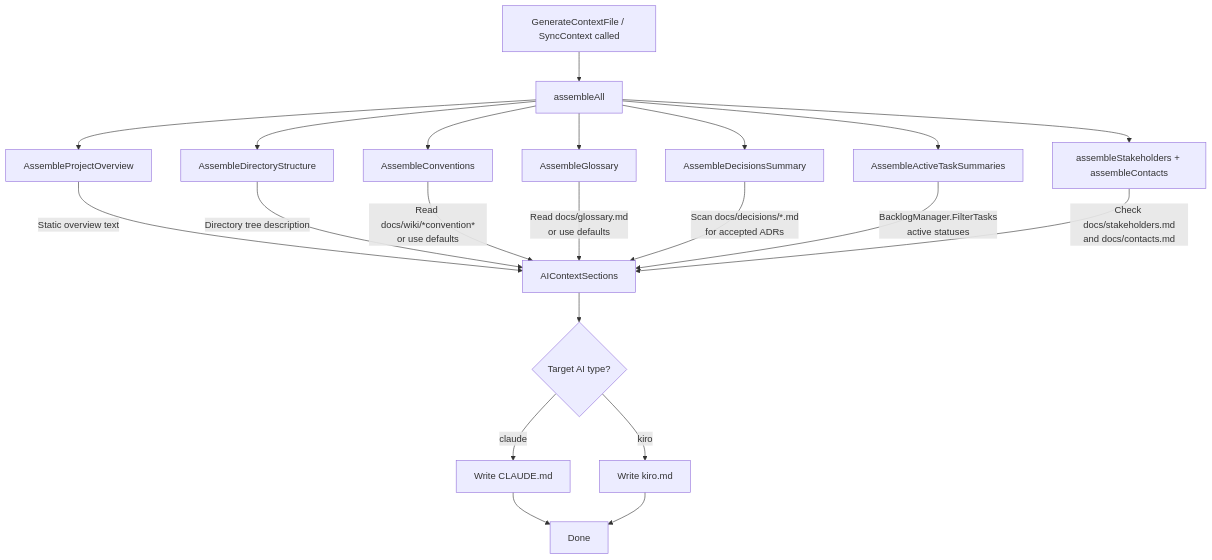
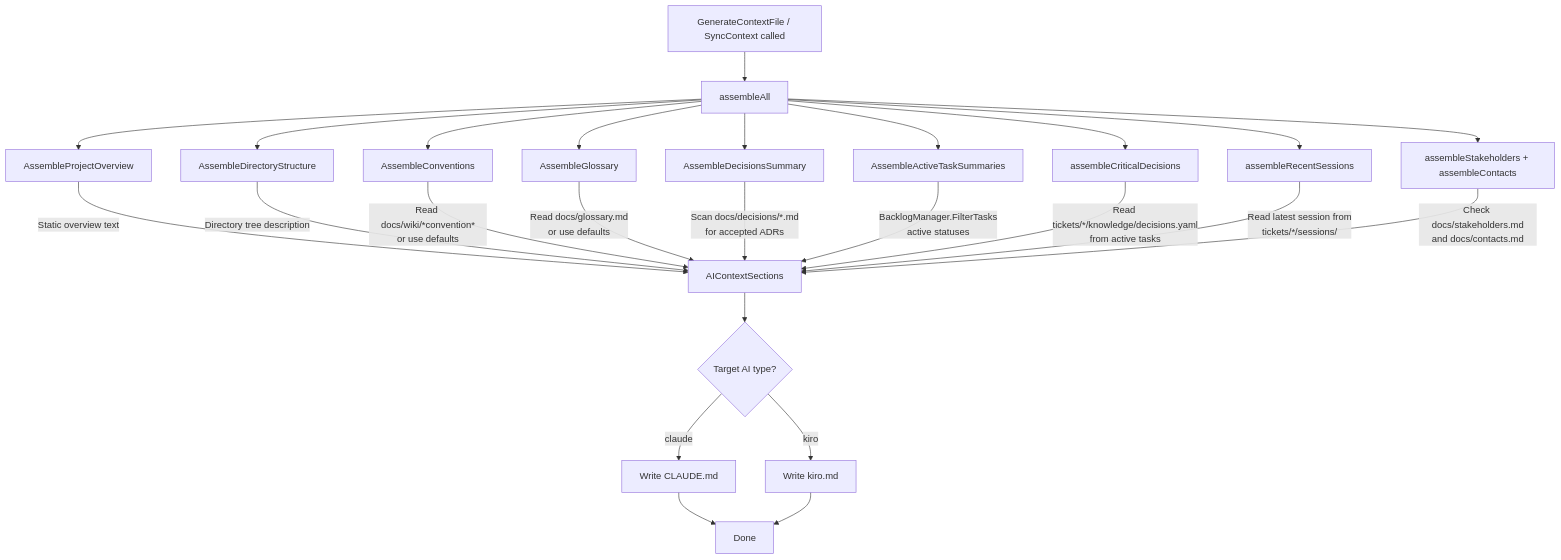
The sixth of 9 diagrams in docs/architecture.md (valter-silva-au/ai-dev-brain), drawn with Mermaid before and after one commit. The commit also changed other lines of this file and 2 other files, not shown here.

First line of the commit message:
docs: update CLAUDE.md, architecture.md, and commands.md for observability

````diff
--- a/docs/architecture.md
+++ b/docs/architecture.md
@@ -355,27 +414,31 @@
 ```mermaid
 flowchart TD
     A[GenerateContextFile / SyncContext called] --> B[assembleAll]
 
     B --> C[AssembleProjectOverview]
     B --> D[AssembleDirectoryStructure]
     B --> E[AssembleConventions]
     B --> F[AssembleGlossary]
     B --> G[AssembleDecisionsSummary]
     B --> H[AssembleActiveTaskSummaries]
-    B --> I[assembleStakeholders + assembleContacts]
+    B --> I[assembleCriticalDecisions]
+    B --> J[assembleRecentSessions]
+    B --> K[assembleStakeholders + assembleContacts]
 
-    C --> |"Static overview text"| J[AIContextSections]
-    D --> |"Directory tree description"| J
-    E --> |"Read docs/wiki/*convention*<br/>or use defaults"| J
-    F --> |"Read docs/glossary.md<br/>or use defaults"| J
-    G --> |"Scan docs/decisions/*.md<br/>for accepted ADRs"| J
-    H --> |"BacklogManager.FilterTasks<br/>active statuses"| J
-    I --> |"Check docs/stakeholders.md<br/>and docs/contacts.md"| J
+    C --> |"Static overview text"| L[AIContextSections]
+    D --> |"Directory tree description"| L
+    E --> |"Read docs/wiki/*convention*<br/>or use defaults"| L
+    F --> |"Read docs/glossary.md<br/>or use defaults"| L
+    G --> |"Scan docs/decisions/*.md<br/>for accepted ADRs"| L
+    H --> |"BacklogManager.FilterTasks<br/>active statuses"| L
+    I --> |"Read tickets/*/knowledge/decisions.yaml<br/>from active tasks"| L
+    J --> |"Read latest session from<br/>tickets/*/sessions/"| L
+    K --> |"Check docs/stakeholders.md<br/>and docs/contacts.md"| L
 
-    J --> K{Target AI type?}
-    K --> |claude| L["Write CLAUDE.md"]
-    K --> |kiro| M["Write kiro.md"]
+    L --> M{Target AI type?}
+    M --> |claude| N["Write CLAUDE.md"]
+    M --> |kiro| O["Write kiro.md"]
 
-    L --> N[Done]
-    M --> N
+    N --> P[Done]
+    O --> P
 ```
````
